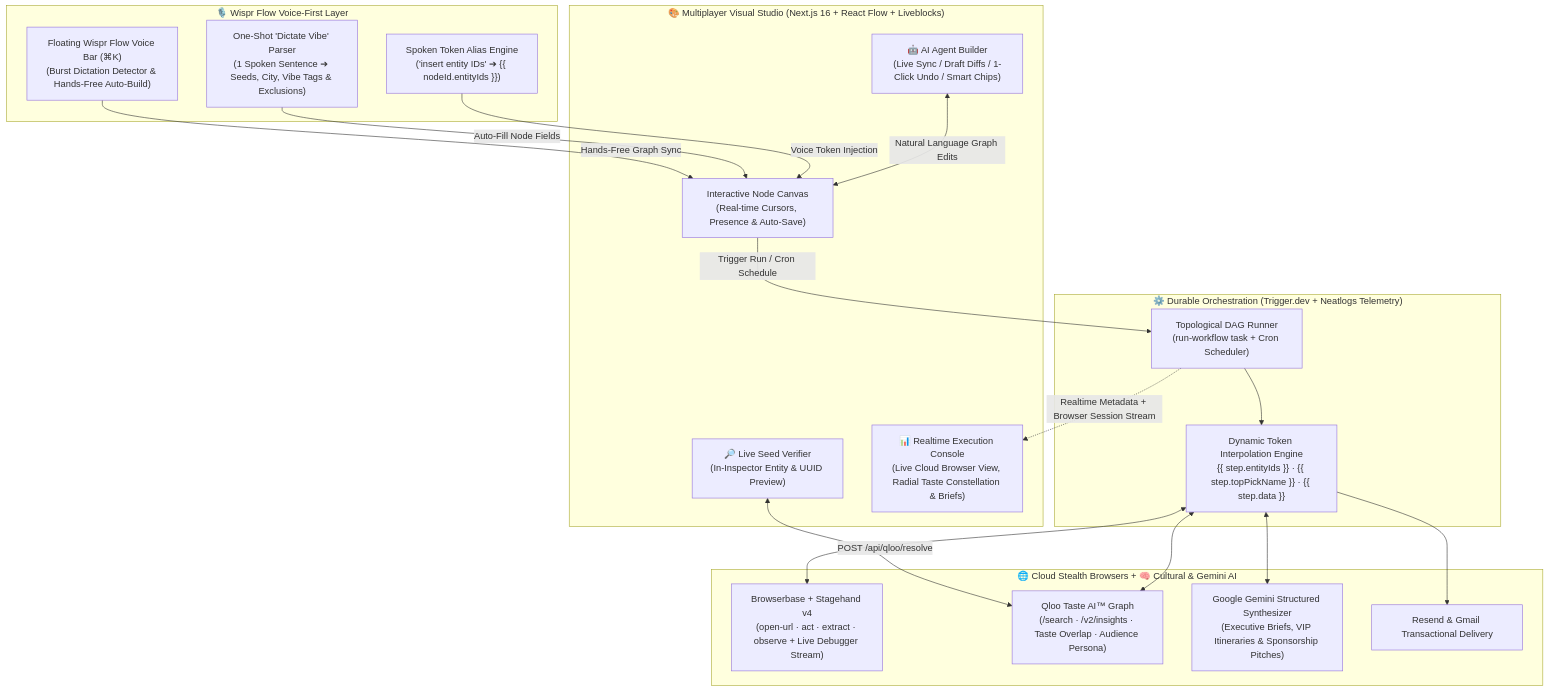
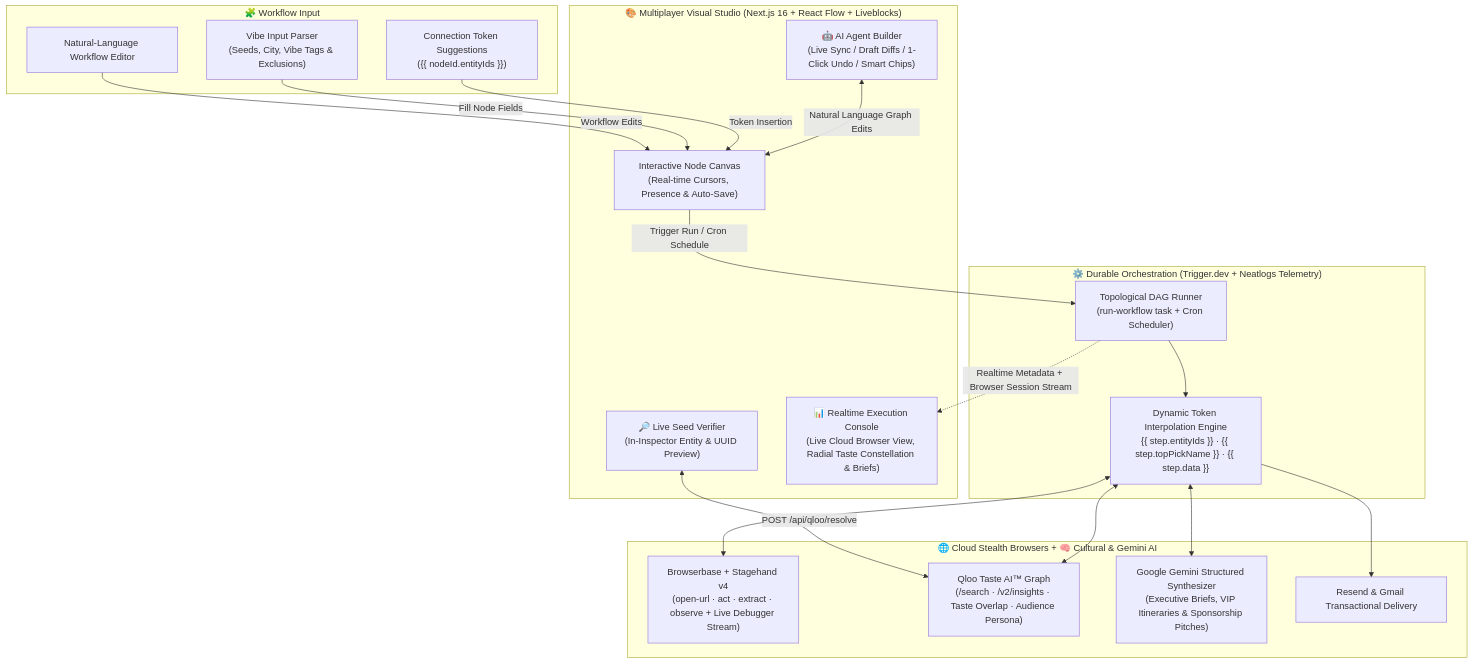
The diagram in README.md (bytes1/browser_automation), drawn with Mermaid before and after one commit. The commit also changed other lines of this file and 2 other files, not shown here.

````diff
--- a/README.md
+++ b/README.md
@@ -43,40 +42,40 @@
 ```mermaid
 flowchart TB
-    subgraph Voice["🎙️ Wispr Flow Voice-First Layer"]
-        VoiceBar["Floating Wispr Flow Voice Bar (⌘K)\n(Burst Dictation Detector & Hands-Free Auto-Build)"]
-        VibeParser["One-Shot 'Dictate Vibe' Parser\n(1 Spoken Sentence ➔ Seeds, City, Vibe Tags & Exclusions)"]
-        SpokenTokens["Spoken Token Alias Engine\n('insert entity IDs' ➔ {{ nodeId.entityIds }})"]
+    subgraph Input["🧩 Workflow Input"]
+        VoiceBar["Natural-Language Workflow Editor"]
+        VibeParser["Vibe Input Parser\n(Seeds, City, Vibe Tags & Exclusions)"]
+        SpokenTokens["Connection Token Suggestions\n({{ nodeId.entityIds }})"]
     end
 
     subgraph Studio["🎨 Multiplayer Visual Studio (Next.js 16 + React Flow + Liveblocks)"]
         Canvas["Interactive Node Canvas\n(Real-time Cursors, Presence & Auto-Save)"]
         AIBuilder["🤖 AI Agent Builder\n(Live Sync / Draft Diffs / 1-Click Undo / Smart Chips)"]
         Verifier["🔎 Live Seed Verifier\n(In-Inspector Entity & UUID Preview)"]
         Console["📊 Realtime Execution Console\n(Live Cloud Browser View, Radial Taste Constellation & Briefs)"]
     end
 
     subgraph Runtime["⚙️ Durable Orchestration (Trigger.dev + Neatlogs Telemetry)"]
         Runner["Topological DAG Runner\n(run-workflow task + Cron Scheduler)"]
         Pipe["Dynamic Token Interpolation Engine\n{{ step.entityIds }} · {{ step.topPickName }} · {{ step.data }}"]
     end
 
     subgraph Engines["🌐 Cloud Stealth Browsers + 🧠 Cultural & Gemini AI"]
         Stagehand["Browserbase + Stagehand v4\n(open-url · act · extract · observe + Live Debugger Stream)"]
         Qloo["Qloo Taste AI™ Graph\n(/search · /v2/insights · Taste Overlap · Audience Persona)"]
         Gemini["Google Gemini Structured Synthesizer\n(Executive Briefs, VIP Itineraries & Sponsorship Pitches)"]
         Email["Resend & Gmail Transactional Delivery"]
     end
 
-    VoiceBar -->|Hands-Free Graph Sync| Canvas
-    VibeParser -->|Auto-Fill Node Fields| Canvas
-    SpokenTokens -->|Voice Token Injection| Canvas
+    VoiceBar -->|Workflow Edits| Canvas
+    VibeParser -->|Fill Node Fields| Canvas
+    SpokenTokens -->|Token Insertion| Canvas
     AIBuilder <-->|Natural Language Graph Edits| Canvas
     Verifier <-->|POST /api/qloo/resolve| Qloo
     Canvas -->|Trigger Run / Cron Schedule| Runner
     Runner --> Pipe
     Pipe <--> Stagehand
     Pipe <--> Qloo
     Pipe <--> Gemini
     Pipe --> Email
     Runner -.->|Realtime Metadata + Browser Session Stream| Console
 ```
````
